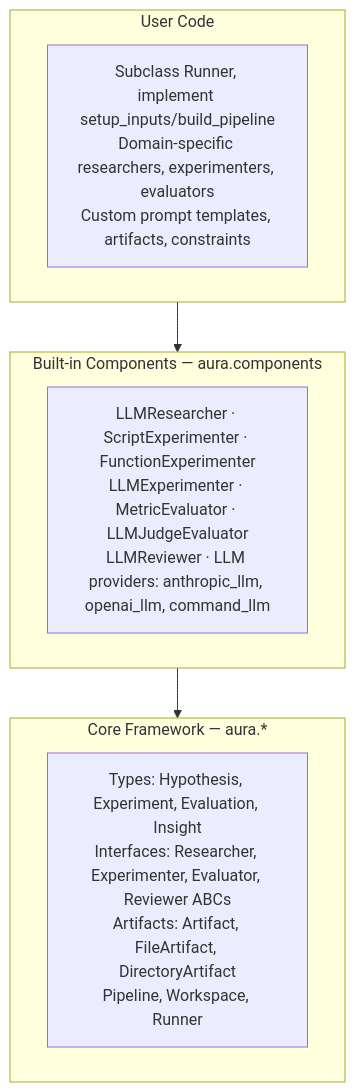
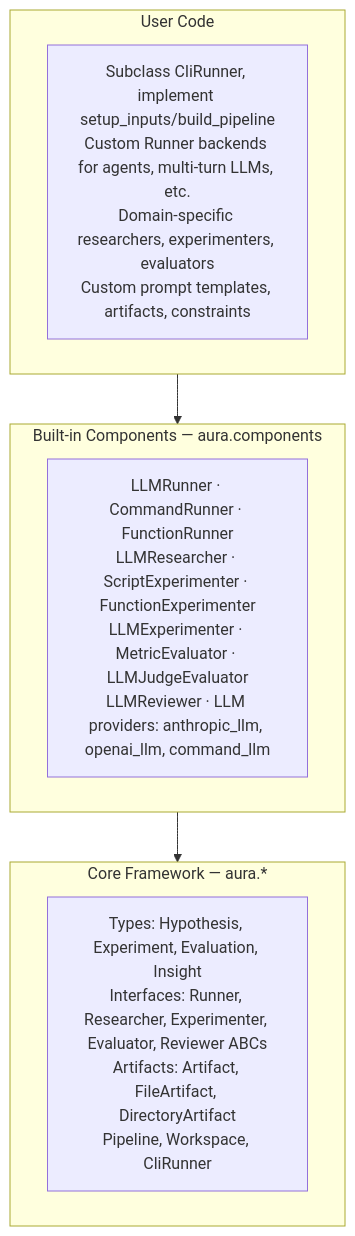
The first of 5 diagrams in docs/architecture.md (Question406/AutoResearchAnything), drawn with Mermaid before and after one commit. The commit also changed other lines of this file and 15 other files, not shown here.

First line of the commit message:
feat: add Runner abstraction for pluggable execution backends

````diff
--- a/docs/architecture.md
+++ b/docs/architecture.md
@@ -5,13 +5,13 @@
 ```mermaid
 graph TD
     subgraph User["User Code"]
-        U["Subclass Runner, implement setup_inputs/build_pipeline<br/>Domain-specific researchers, experimenters, evaluators<br/>Custom prompt templates, artifacts, constraints"]
+        U["Subclass CliRunner, implement setup_inputs/build_pipeline<br/>Custom Runner backends for agents, multi-turn LLMs, etc.<br/>Domain-specific researchers, experimenters, evaluators<br/>Custom prompt templates, artifacts, constraints"]
     end
     subgraph Builtin["Built-in Components — aura.components"]
-        B["LLMResearcher · ScriptExperimenter · FunctionExperimenter<br/>LLMExperimenter · MetricEvaluator · LLMJudgeEvaluator<br/>LLMReviewer · LLM providers: anthropic_llm, openai_llm, command_llm"]
+        B["LLMRunner · CommandRunner · FunctionRunner<br/>LLMResearcher · ScriptExperimenter · FunctionExperimenter<br/>LLMExperimenter · MetricEvaluator · LLMJudgeEvaluator<br/>LLMReviewer · LLM providers: anthropic_llm, openai_llm, command_llm"]
     end
     subgraph Core["Core Framework — aura.*"]
-        C["Types: Hypothesis, Experiment, Evaluation, Insight<br/>Interfaces: Researcher, Experimenter, Evaluator, Reviewer ABCs<br/>Artifacts: Artifact, FileArtifact, DirectoryArtifact<br/>Pipeline, Workspace, Runner"]
+        C["Types: Hypothesis, Experiment, Evaluation, Insight<br/>Interfaces: Runner, Researcher, Experimenter, Evaluator, Reviewer ABCs<br/>Artifacts: Artifact, FileArtifact, DirectoryArtifact<br/>Pipeline, Workspace, CliRunner"]
     end
     User --> Builtin --> Core
 ```
````
